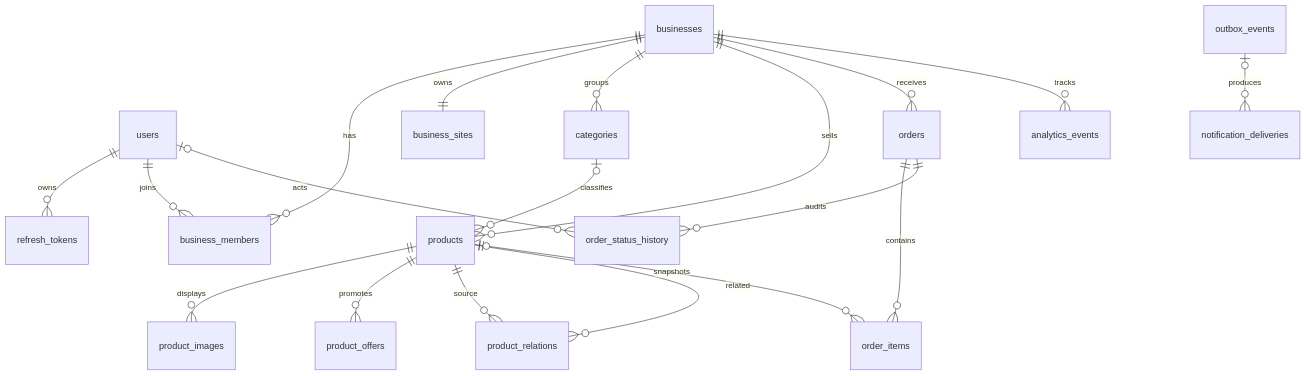
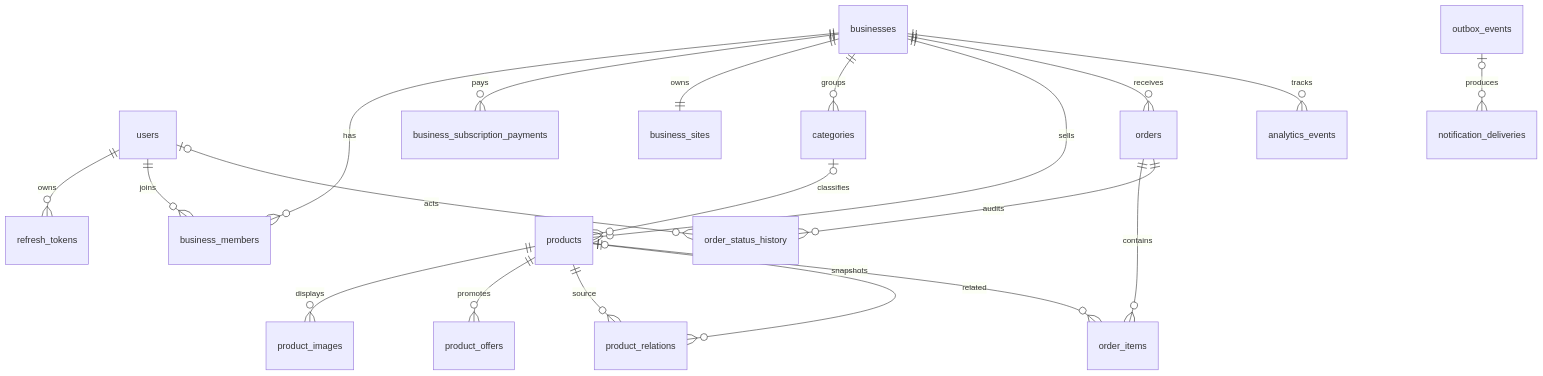
One commit to Tecnologias-Orbita/El-Bisne-Backend changed the diagram in BACKEND_TECHNICAL_DOCUMENTATION.md. Above: the diagram before and after it, drawn with Mermaid. The commit also changed other lines of this file and 44 other files, not shown here.

````diff
--- a/BACKEND_TECHNICAL_DOCUMENTATION.md
+++ b/BACKEND_TECHNICAL_DOCUMENTATION.md
@@ -328,21 +344,22 @@
 ```mermaid
 erDiagram
     users ||--o{ refresh_tokens : owns
     users ||--o{ business_members : joins
     businesses ||--o{ business_members : has
+    businesses ||--o{ business_subscription_payments : pays
     businesses ||--|| business_sites : owns
     businesses ||--o{ categories : groups
     businesses ||--o{ products : sells
     categories o|--o{ products : classifies
     products ||--o{ product_images : displays
     products ||--o{ product_offers : promotes
     products ||--o{ product_relations : source
     products ||--o{ product_relations : related
     businesses ||--o{ orders : receives
     orders ||--o{ order_items : contains
     products o|--o{ order_items : snapshots
     orders ||--o{ order_status_history : audits
     users o|--o{ order_status_history : acts
     businesses ||--o{ analytics_events : tracks
     outbox_events o|--o{ notification_deliveries : produces
 ```
````
